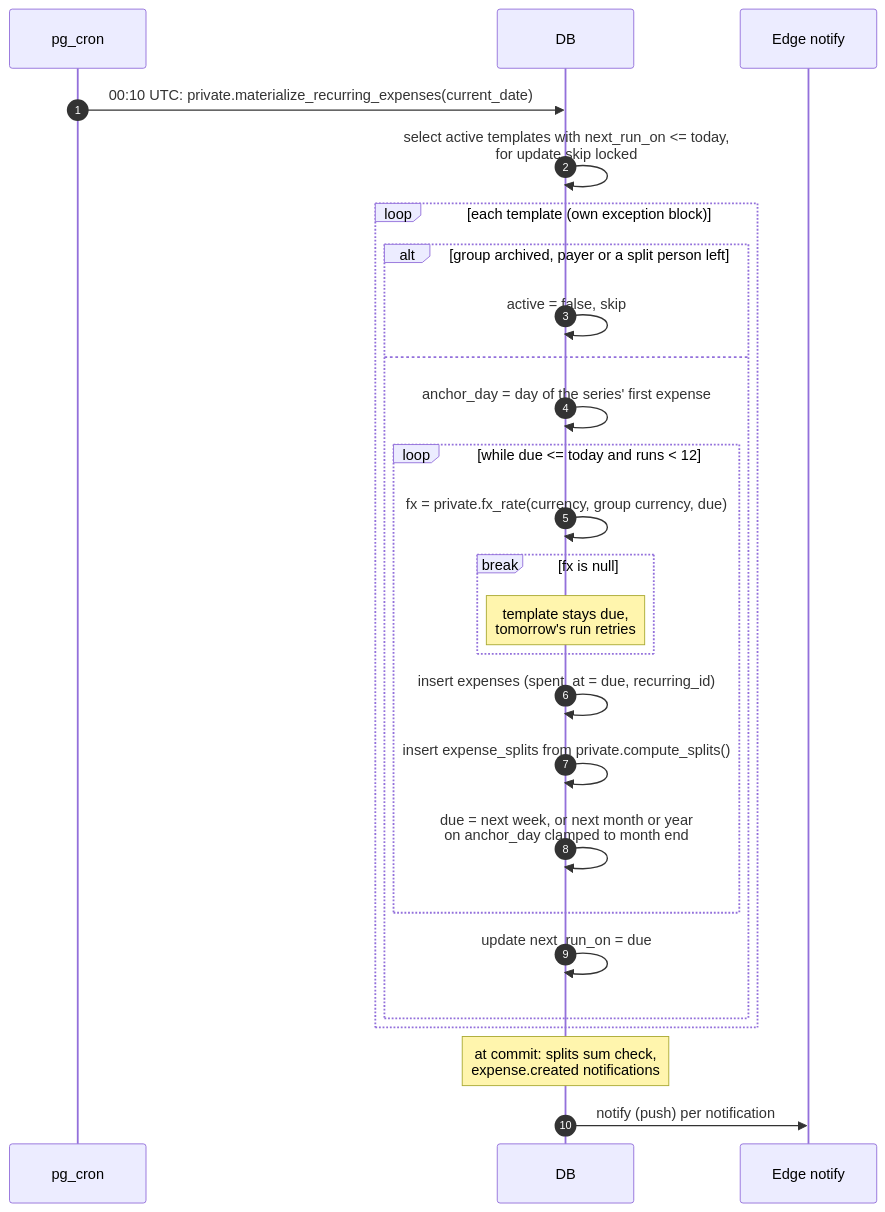
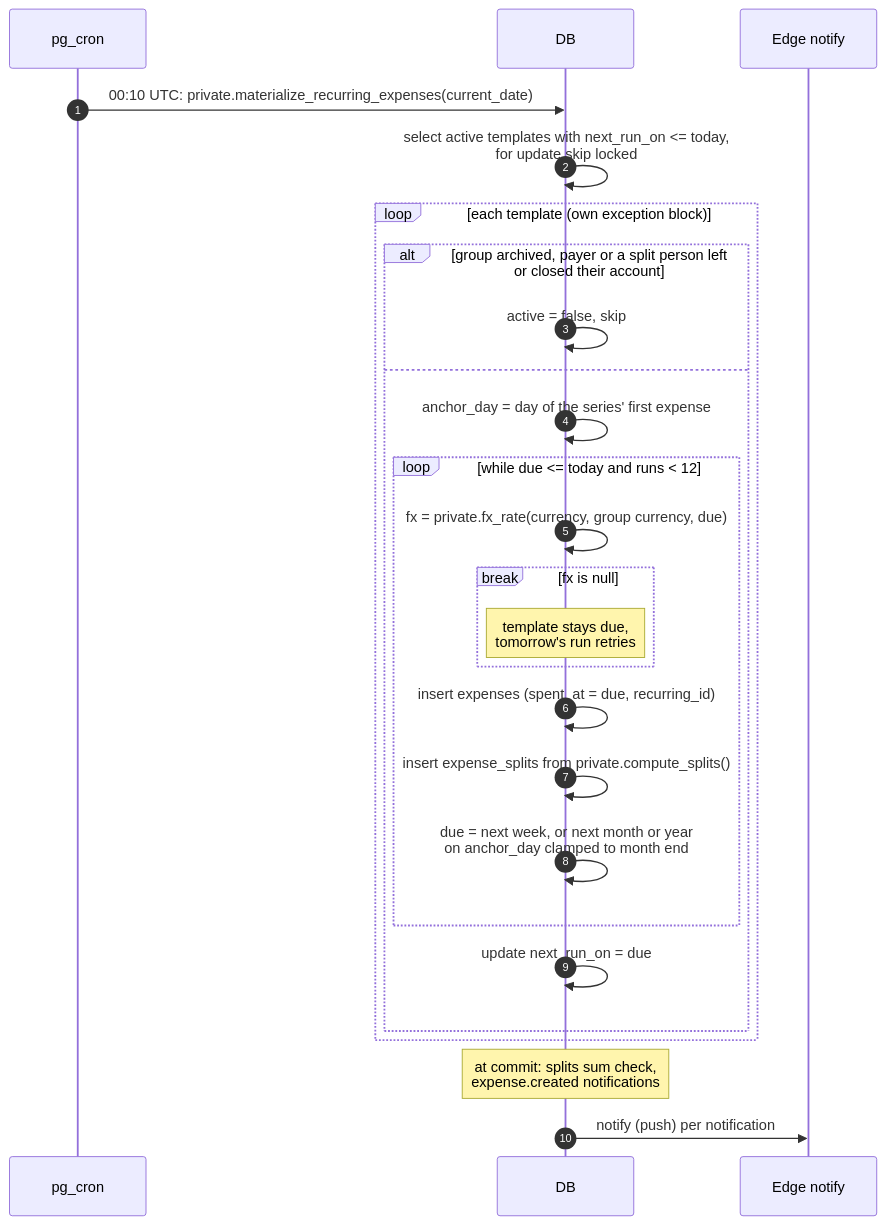
Before and after one commit to Fermulate/potluck: diagram 11 of 14 in docs/sequences.md, drawn with Mermaid. The commit also changed 3 other files, not shown here.

````diff
--- a/docs/sequences.md
+++ b/docs/sequences.md
@@ -350,29 +350,29 @@
 ```mermaid
 sequenceDiagram
   autonumber
   participant CR as pg_cron
   participant DB as DB
   participant E as Edge notify
 
   CR->>DB: 00:10 UTC: private.materialize_recurring_expenses(current_date)
   DB->>DB: select active templates with next_run_on <= today,<br/>for update skip locked
   loop each template (own exception block)
-    alt group archived, payer or a split person left
+    alt group archived, payer or a split person left<br/>or closed their account
       DB->>DB: active = false, skip
     else
       DB->>DB: anchor_day = day of the series' first expense
       loop while due <= today and runs < 12
         DB->>DB: fx = private.fx_rate(currency, group currency, due)
         break fx is null
           Note over DB: template stays due,<br/>tomorrow's run retries
         end
         DB->>DB: insert expenses (spent_at = due, recurring_id)
         DB->>DB: insert expense_splits from private.compute_splits()
         DB->>DB: due = next week, or next month or year<br/>on anchor_day clamped to month end
       end
       DB->>DB: update next_run_on = due
     end
   end
   Note over DB: at commit: splits sum check,<br/>expense.created notifications
   DB->>E: notify (push) per notification
 ```
````
